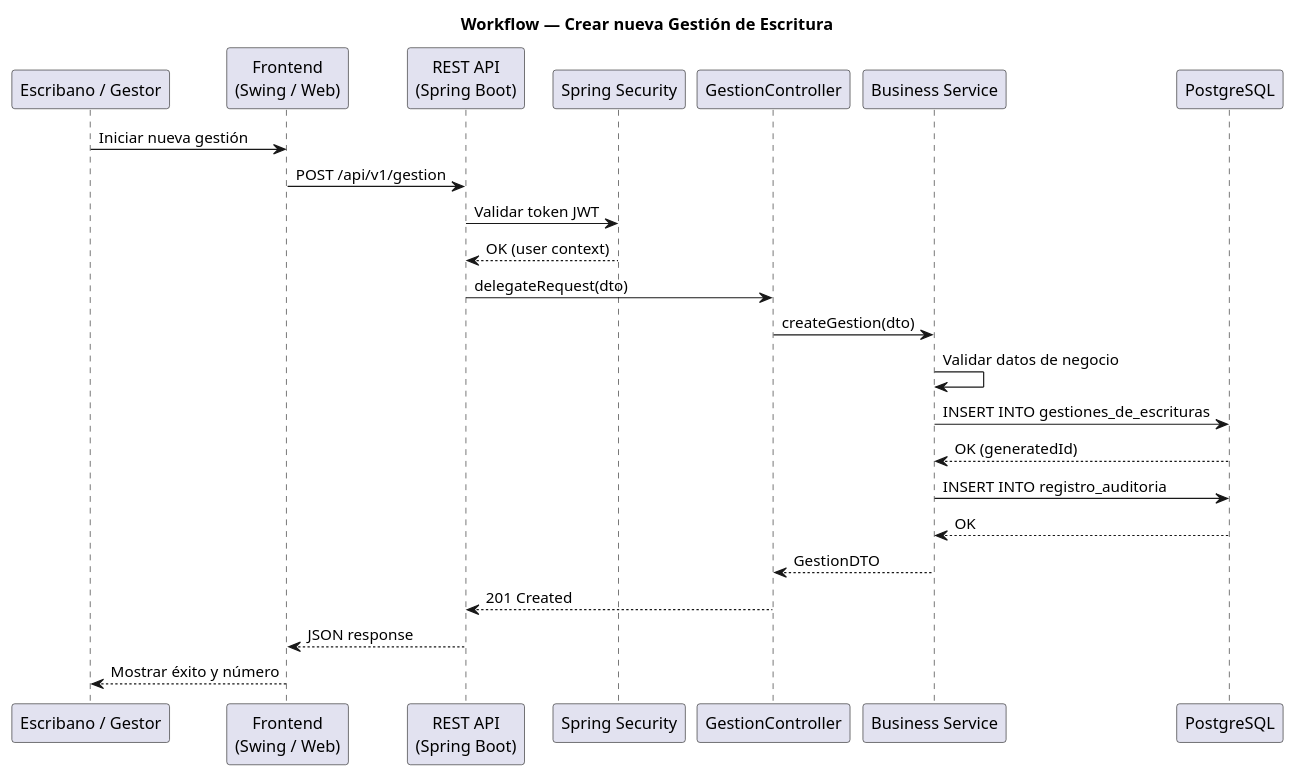
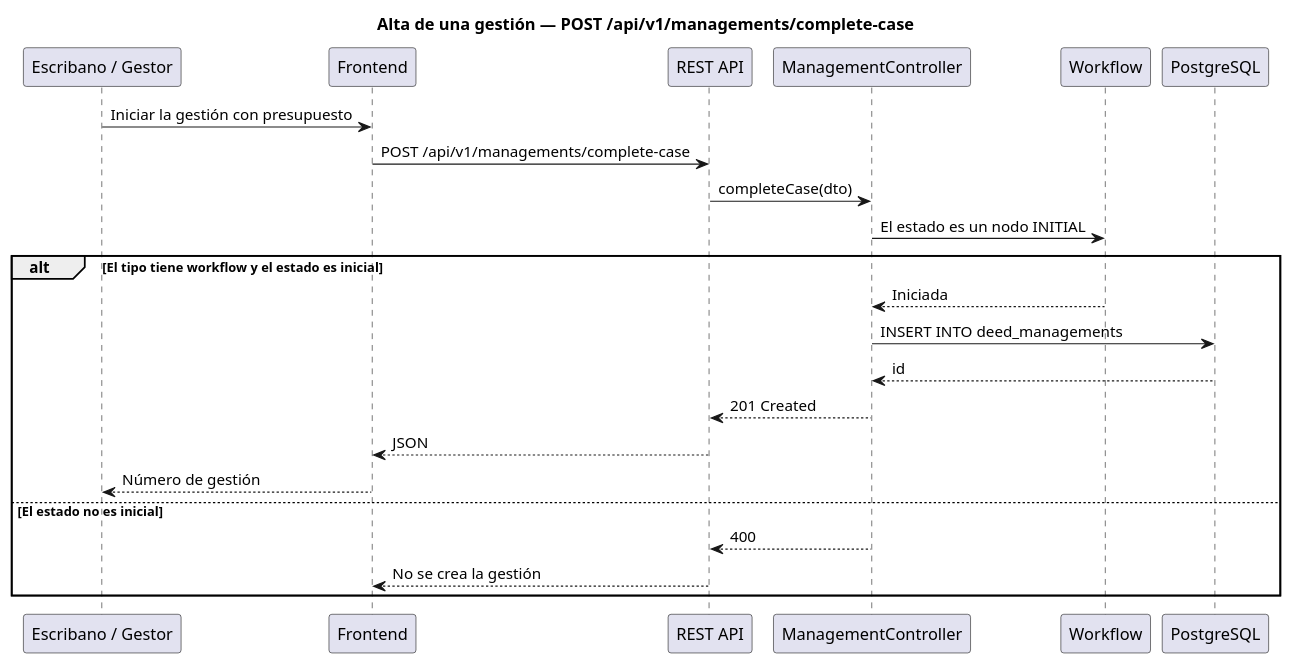
The diagram in docs/200-architecture/204-diagrams/Diagrama de Estados/workflow-gestion.puml (matiaspakua/notaire), drawn with PlantUML before and after one commit. The commit also changed 15 other files, not shown here.

First line of the commit message:
docs(gestion): assess the case process and correct its activity

```diff
--- a/docs/200-architecture/204-diagrams/Diagrama de Estados/workflow-gestion.puml
+++ b/docs/200-architecture/204-diagrams/Diagrama de Estados/workflow-gestion.puml
@@ -1,27 +1,28 @@
 @startuml
-title Workflow — Crear nueva Gestión de Escritura
+title Alta de una gestión — POST /api/v1/managements/complete-case
+
+skinparam shadowing false
 
 participant "Escribano / Gestor" as User
-participant "Frontend\n(Swing / Web)" as Client
-participant "REST API\n(Spring Boot)" as API
-participant "Spring Security" as Sec
-participant "GestionController" as Ctrl
-participant "Business Service" as Svc
+participant "Frontend" as Client
+participant "REST API" as API
+participant "ManagementController" as Ctrl
+participant "Workflow" as WF
 participant "PostgreSQL" as DB
 
-User -> Client : Iniciar nueva gestión
-Client -> API : POST /api/v1/gestion
-API -> Sec : Validar token JWT
-Sec --> API : OK (user context)
-API -> Ctrl : delegateRequest(dto)
-Ctrl -> Svc : createGestion(dto)
-Svc -> Svc : Validar datos de negocio
-Svc -> DB : INSERT INTO gestiones_de_escrituras
-DB --> Svc : OK (generatedId)
-Svc -> DB : INSERT INTO registro_auditoria
-DB --> Svc : OK
-Svc --> Ctrl : GestionDTO
-Ctrl --> API : 201 Created
-API --> Client : JSON response
-Client --> User : Mostrar éxito y número
+User -> Client : Iniciar la gestión con presupuesto
+Client -> API : POST /api/v1/managements/complete-case
+API -> Ctrl : completeCase(dto)
+Ctrl -> WF : El estado es un nodo INITIAL
+alt El tipo tiene workflow y el estado es inicial
+  WF --> Ctrl : Iniciada
+  Ctrl -> DB : INSERT INTO deed_managements
+  DB --> Ctrl : id
+  Ctrl --> API : 201 Created
+  API --> Client : JSON
+  Client --> User : Número de gestión
+else El estado no es inicial
+  Ctrl --> API : 400
+  API --> Client : No se crea la gestión
+end
 @enduml
```
